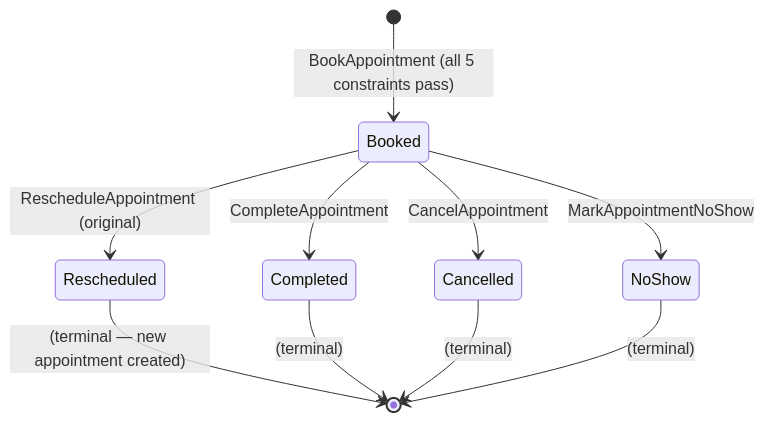
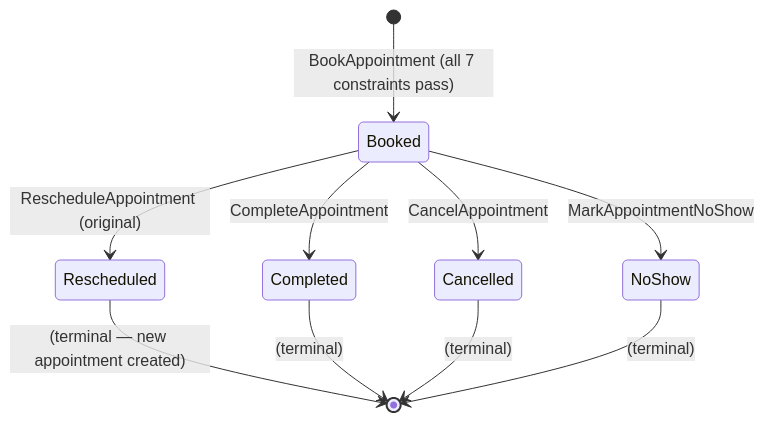
One commit to TJMSolns/belsouri-reboot changed the diagram in doc/domain/aggregates/appointment-aggregate.md. Above: the diagram before and after it, drawn with Mermaid. The commit also changed other lines of this file and 8 other files, not shown here.

````diff
--- a/doc/domain/aggregates/appointment-aggregate.md
+++ b/doc/domain/aggregates/appointment-aggregate.md
@@ -105,12 +107,12 @@
 ```mermaid
 stateDiagram-v2
-    [*] --> Booked : BookAppointment (all 5 constraints pass)
+    [*] --> Booked : BookAppointment (all 7 constraints pass)
     Booked --> Completed : CompleteAppointment
     Booked --> Cancelled : CancelAppointment
     Booked --> NoShow : MarkAppointmentNoShow
     Booked --> Rescheduled : RescheduleAppointment (original)
     Rescheduled --> [*] : (terminal — new appointment created)
     Completed --> [*] : (terminal)
     Cancelled --> [*] : (terminal)
     NoShow --> [*] : (terminal)
 ```
````
